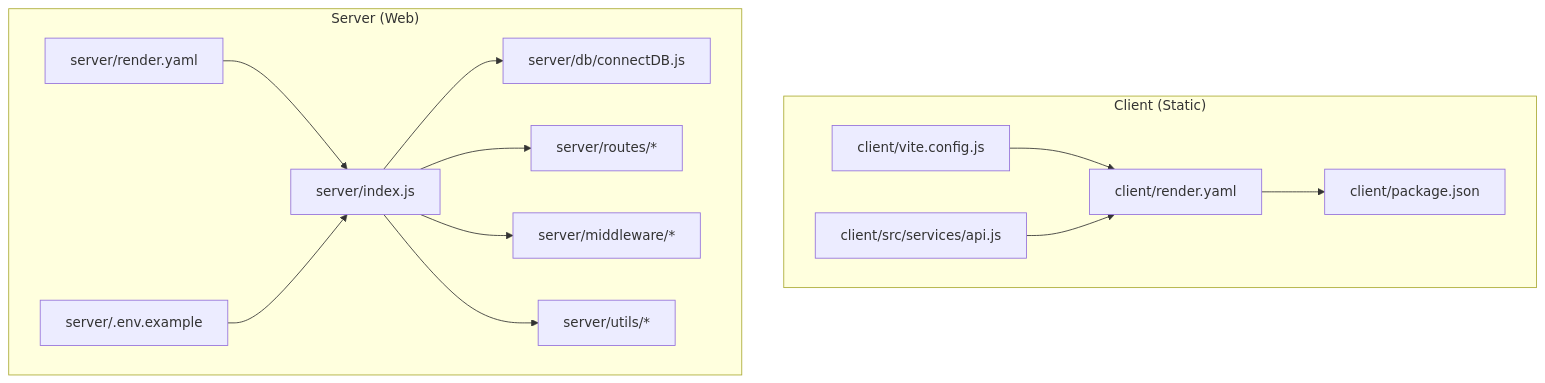
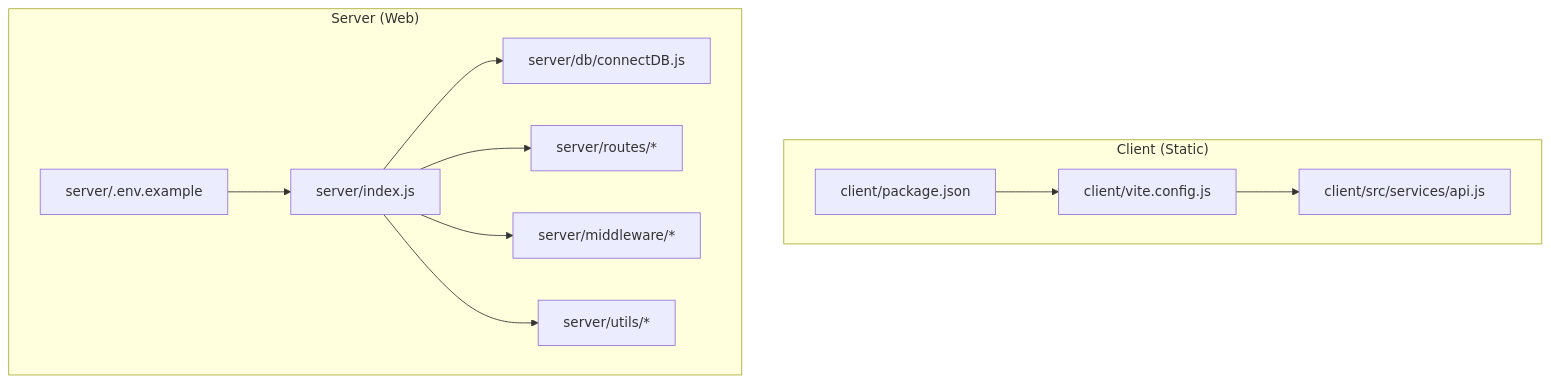
The first of 9 diagrams in .qoder/repowiki/en/content/Deployment and Distribution/Deployment Configuration.md (aayeshasiddiqah2611-pixel/flavora_ai_server), drawn with Mermaid before and after one commit. The commit also changed other lines of this file and 7 other files, not shown here.

````diff
--- a/.qoder/repowiki/en/content/Deployment and Distribution/Deployment Configuration.md
+++ b/.qoder/repowiki/en/content/Deployment and Distribution/Deployment Configuration.md
@@ -45,27 +54,23 @@
 ```mermaid
 graph TB
 subgraph "Client (Static)"
-C_Render["client/render.yaml"]
 C_Pkg["client/package.json"]
 C_Vite["client/vite.config.js"]
 C_API["client/src/services/api.js"]
 end
 subgraph "Server (Web)"
-S_Render["server/render.yaml"]
 S_Index["server/index.js"]
 S_DB["server/db/connectDB.js"]
 S_Env["server/.env.example"]
 S_Routes["server/routes/*"]
 S_MW["server/middleware/*"]
 S_Utils["server/utils/*"]
 end
-C_Render --> C_Pkg
-C_Vite --> C_Render
-C_API --> C_Render
-S_Render --> S_Index
+C_Pkg --> C_Vite
+C_Vite --> C_API
 S_Index --> S_DB
 S_Index --> S_Routes
 S_Index --> S_MW
 S_Index --> S_Utils
 S_Env --> S_Index
 ```
````
